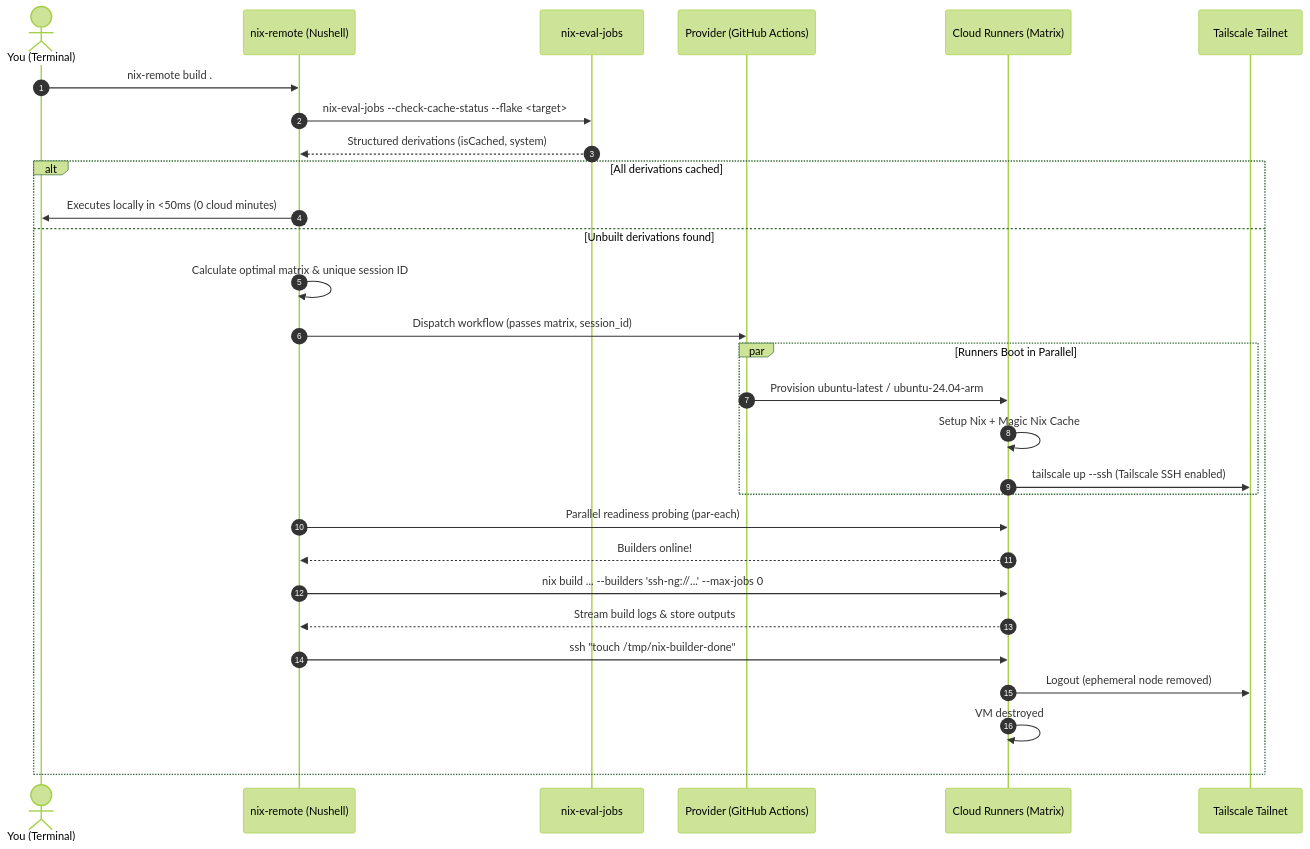
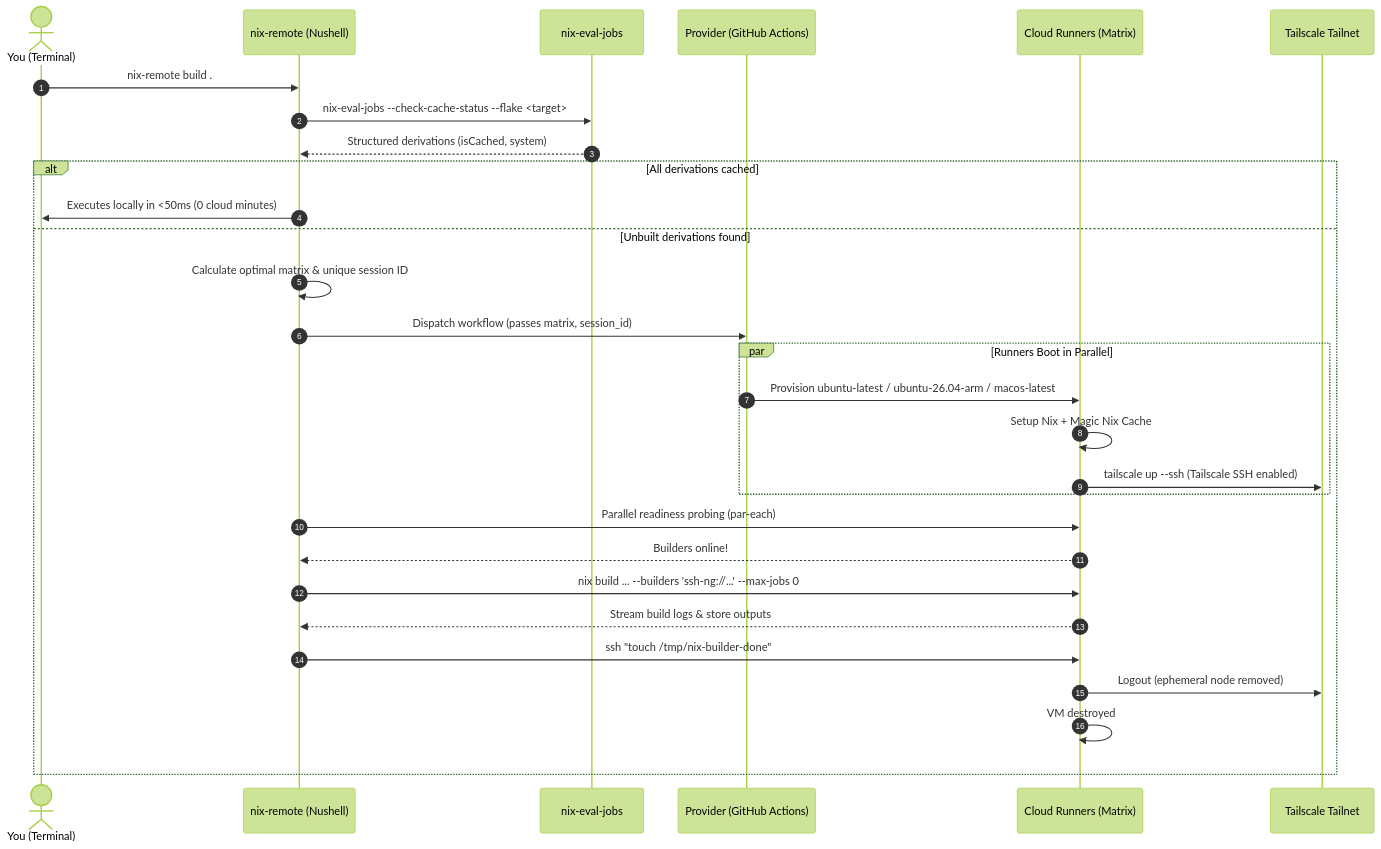
Before and after one commit to Malix-Labs/Nix_Remote-Builders-Distributed: the diagram in README.md, drawn with Mermaid (forest theme). The commit also changed other lines of this file and 2 other files, not shown here.

Commit message:
refactor(orchestrator): simplify runner node definition and gha matrix payload

````diff
--- a/README.md
+++ b/README.md
@@ -19,37 +19,37 @@
 ```mermaid
 sequenceDiagram
     autonumber
     actor User as You (Terminal)
     participant CLI as nix-remote (Nushell)
     participant Eval as nix-eval-jobs
     participant Provider as Provider (GitHub Actions)
     participant Runners as Cloud Runners (Matrix)
     participant Tailnet as Tailscale Tailnet
 
     User->>CLI: nix-remote build .#target
     CLI->>Eval: nix-eval-jobs --check-cache-status --flake <target>
     Eval-->>CLI: Structured derivations (isCached, system)
 
     alt All derivations cached
         CLI->>User: Executes locally in <50ms (0 cloud minutes)
     else Unbuilt derivations found
         CLI->>CLI: Calculate optimal matrix & unique session ID
         CLI->>Provider: Dispatch workflow (passes matrix, session_id)
         
         par Runners Boot in Parallel
-            Provider->>Runners: Provision ubuntu-latest / ubuntu-24.04-arm
+            Provider->>Runners: Provision ubuntu-latest / ubuntu-26.04-arm / macos-latest
             Runners->>Runners: Setup Nix + Magic Nix Cache
             Runners->>Tailnet: tailscale up --ssh (Tailscale SSH enabled)
         end
 
         CLI->>Runners: Parallel readiness probing (par-each)
         Runners-->>CLI: Builders online!
 
         CLI->>Runners: nix build ... --builders 'ssh-ng://...' --max-jobs 0
         Runners-->>CLI: Stream build logs & store outputs
 
         CLI->>Runners: ssh "touch /tmp/nix-builder-done"
         Runners->>Tailnet: Logout (ephemeral node removed)
         Runners->>Runners: VM destroyed
     end
 ```
````
